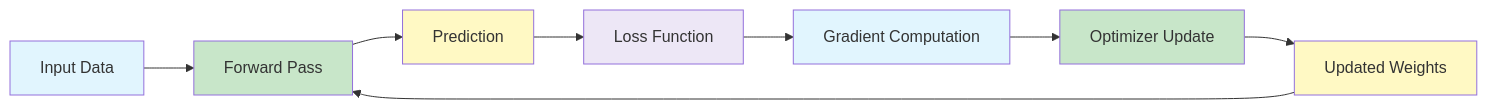
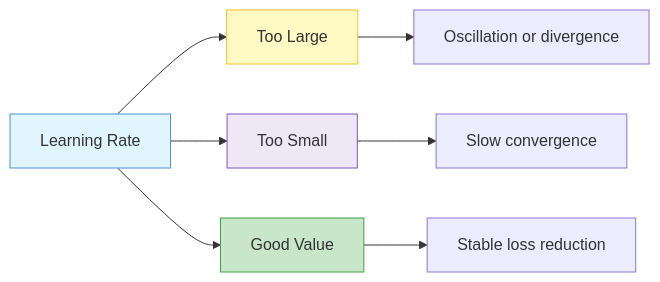
The second of 4 diagrams in content/docs/ai/deep-learning/100-optimise-deep-models.md (arshadhs/arshadhs.github.io), drawn with Mermaid before and after one commit. The commit also changed other lines of this file and 1 other file, not shown here.

````diff
--- a/content/docs/ai/deep-learning/100-optimise-deep-models.md
+++ b/content/docs/ai/deep-learning/100-optimise-deep-models.md
@@ -85,18 +159,15 @@
 ```mermaid
 flowchart LR
-    A[Input Data] --> B[Forward Pass]
-    B --> C[Prediction]
-    C --> D[Loss Function]
-    D --> E[Gradient Computation]
-    E --> F[Optimizer Update]
-    F --> G[Updated Weights]
-    G --> B
+    A["Learning Rate"] --> B["Too Large"]
+    A --> C["Too Small"]
+    A --> D["Good Value"]
 
-    style A fill:#E1F5FE
-    style B fill:#C8E6C9
-    style C fill:#FFF9C4
-    style D fill:#EDE7F6
-    style E fill:#E1F5FE
-    style F fill:#C8E6C9
-    style G fill:#FFF9C4
+    B --> B1["Oscillation or divergence"]
+    C --> C1["Slow convergence"]
+    D --> D1["Stable loss reduction"]
+
+    style A fill:#E1F5FE,stroke:#4A90E2
+    style B fill:#FFF9C4,stroke:#FBC02D
+    style C fill:#EDE7F6,stroke:#7E57C2
+    style D fill:#C8E6C9,stroke:#43A047
 ```
````
